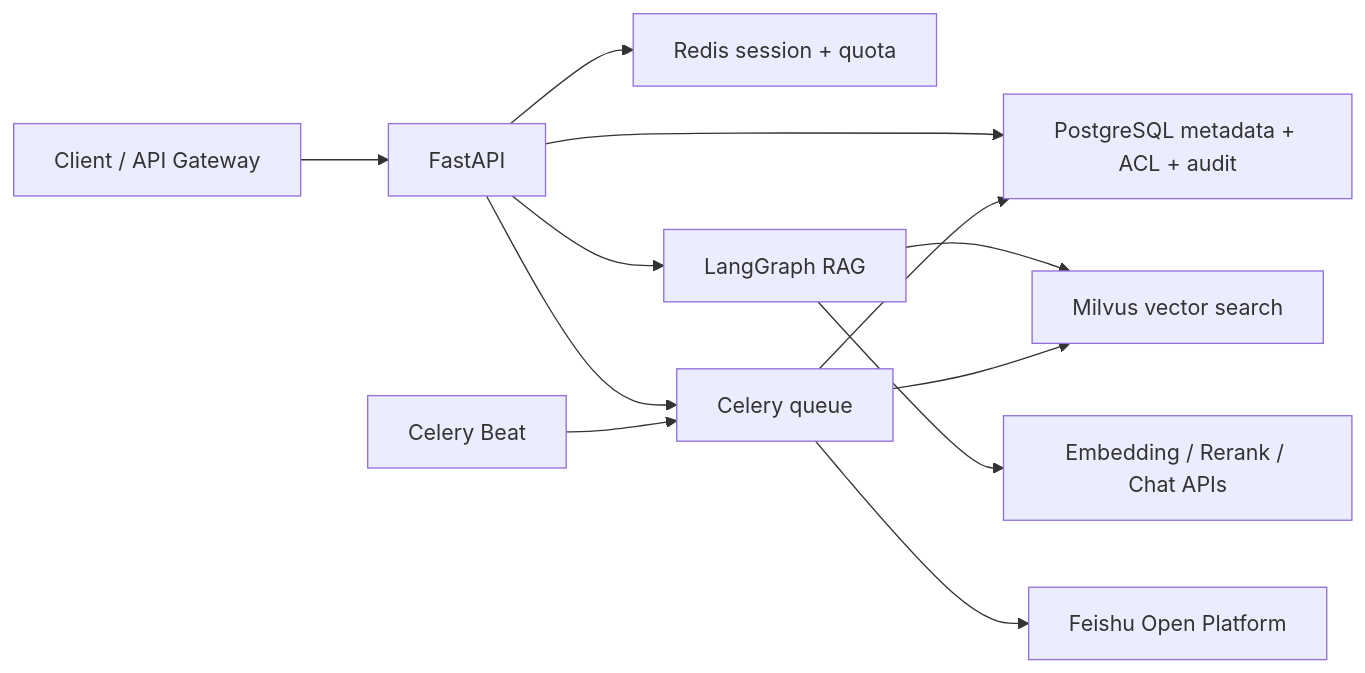
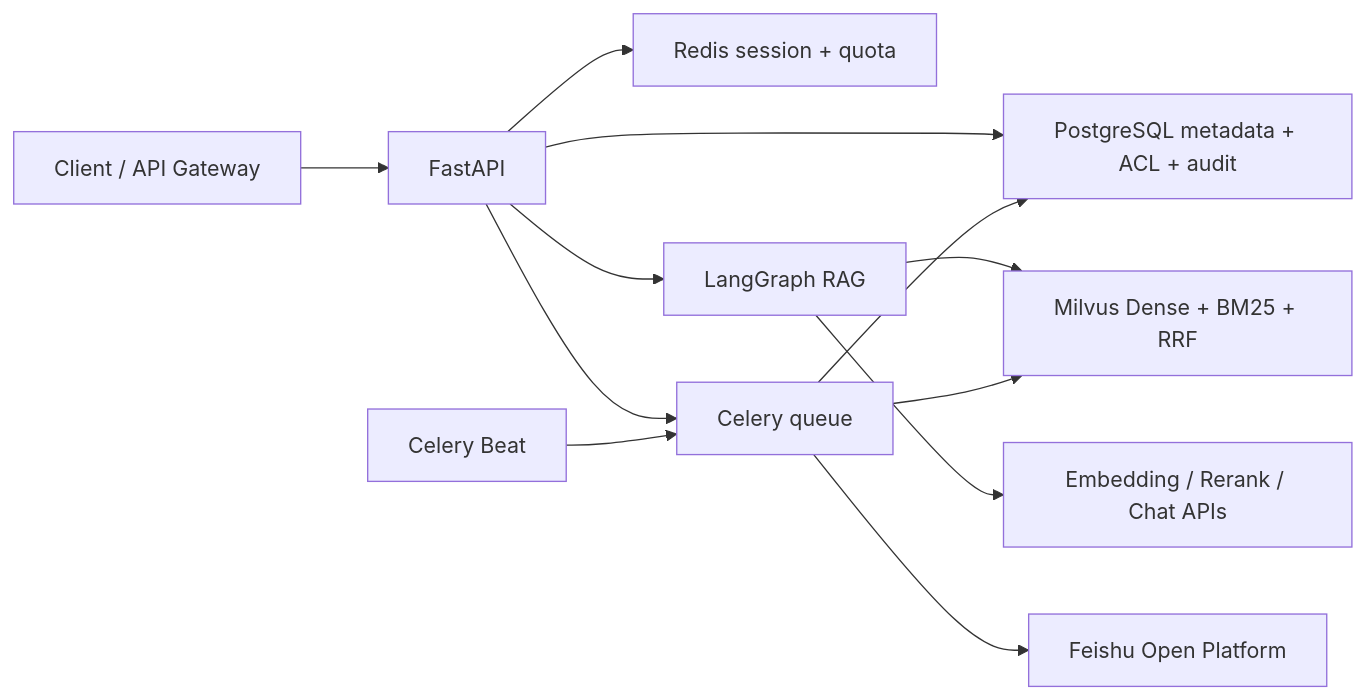
The diagram in README.md (WWSS11/enterprise-rag), drawn with Mermaid before and after one commit. The commit also changed other lines of this file and 23 other files, not shown here.

````diff
--- a/README.md
+++ b/README.md
@@ -23,14 +24,14 @@
 ```mermaid
 flowchart LR
     Client["Client / API Gateway"] --> API["FastAPI"]
     API --> PG["PostgreSQL metadata + ACL + audit"]
     API --> Redis["Redis session + quota"]
     API --> Graph["LangGraph RAG"]
-    Graph --> Milvus["Milvus vector search"]
+    Graph --> Milvus["Milvus Dense + BM25 + RRF"]
     Graph --> Models["Embedding / Rerank / Chat APIs"]
     API --> Celery["Celery queue"]
     Beat["Celery Beat"] --> Celery
     Celery --> PG
     Celery --> Milvus
     Celery --> Feishu["Feishu Open Platform"]
 ```
````
